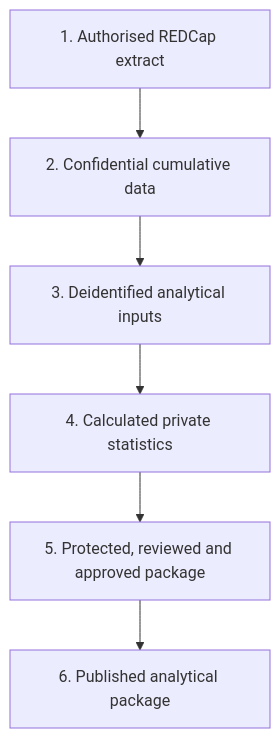
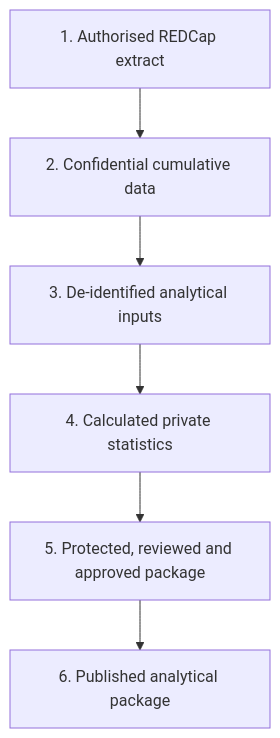
Before and after one commit to UWI-BNR/info-hub: the diagram in site/technical/workflows/cvd-events/overview.qmd, drawn with Mermaid. The commit also changed other lines of this file and 14 other files, not shown here.

````diff
--- a/site/technical/workflows/cvd-events/overview.qmd
+++ b/site/technical/workflows/cvd-events/overview.qmd
@@ -26,8 +26,8 @@
 ```{mermaid}
 flowchart TB
     A["1. Authorised REDCap extract"] --> B["2. Confidential cumulative data"]
-    B --> C["3. Deidentified analytical inputs"]
+    B --> C["3. De-identified analytical inputs"]
     C --> D["4. Calculated private statistics"]
     D --> E["5. Protected, reviewed and approved package"]
     E --> F["6. Published analytical package"]
 ```
````
